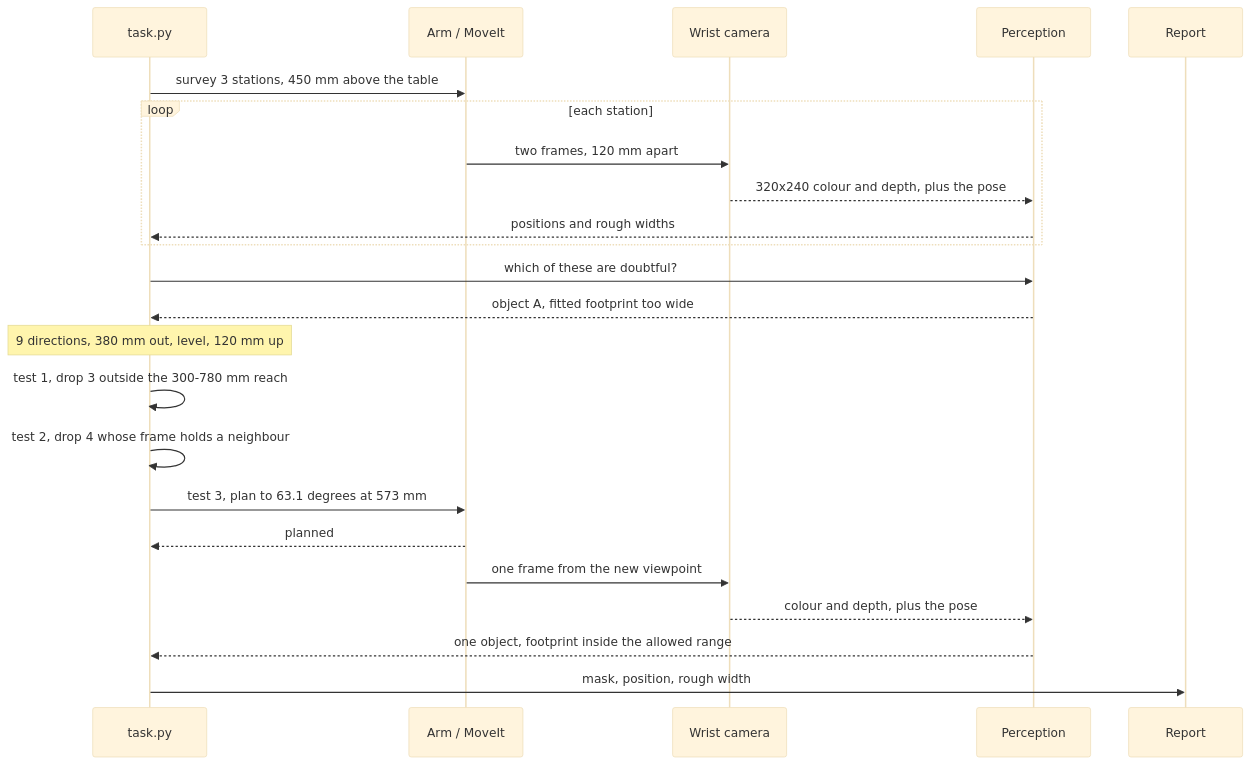
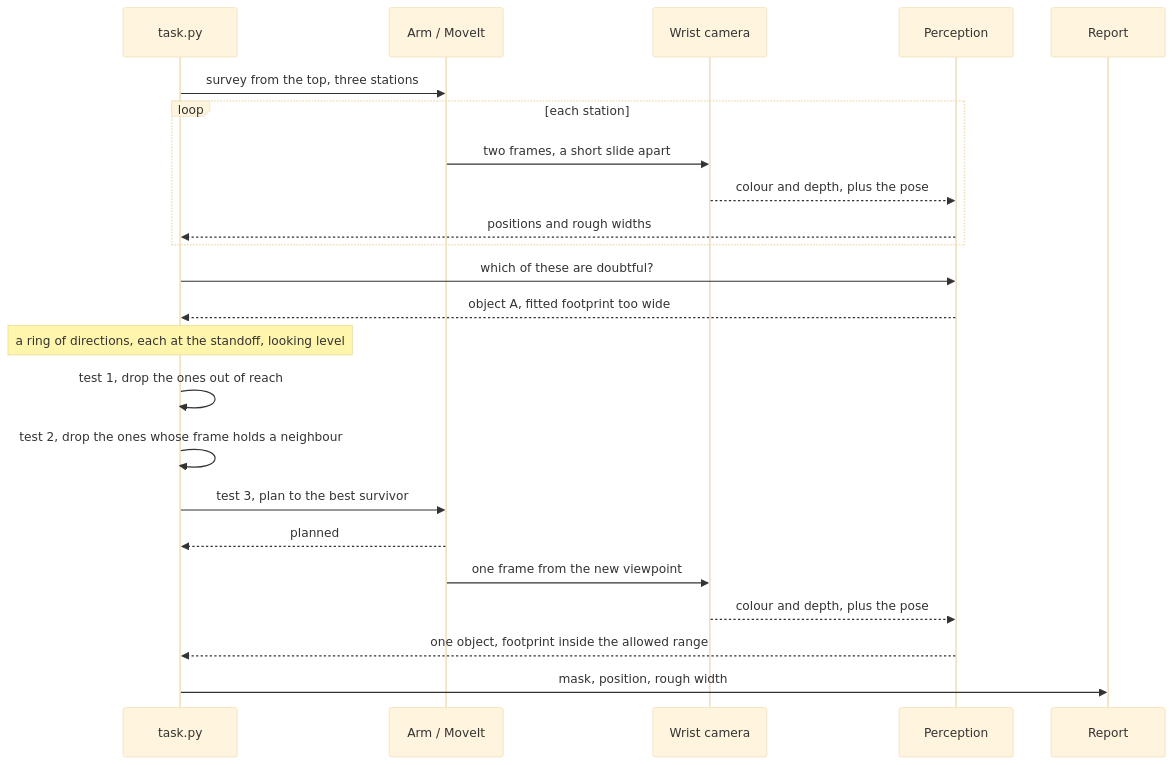
One commit to RobinNagpal/robot-arm-projects changed the first of 3 diagrams in v5-pick-glasses/docs/problem-2/solutions/03-move-the-camera.md. Above: the diagram before and after it, drawn with Mermaid (base theme). The commit also changed other lines of this file, not shown here.

````diff
--- a/v5-pick-glasses/docs/problem-2/solutions/03-move-the-camera.md
+++ b/v5-pick-glasses/docs/problem-2/solutions/03-move-the-camera.md
@@ -339,25 +385,25 @@
 ```mermaid
 sequenceDiagram
     participant T as task.py
     participant A as Arm / MoveIt
     participant C as Wrist camera
     participant P as Perception
     participant R as Report
-    T->>A: survey 3 stations, 450 mm above the table
+    T->>A: survey from the top, three stations
     loop each station
-        A->>C: two frames, 120 mm apart
-        C-->>P: 320x240 colour and depth, plus the pose
+        A->>C: two frames, a short slide apart
+        C-->>P: colour and depth, plus the pose
         P-->>T: positions and rough widths
     end
     T->>P: which of these are doubtful?
     P-->>T: object A, fitted footprint too wide
-    Note over T: 9 directions, 380 mm out, level, 120 mm up
-    T->>T: test 1, drop 3 outside the 300-780 mm reach
-    T->>T: test 2, drop 4 whose frame holds a neighbour
-    T->>A: test 3, plan to 63.1 degrees at 573 mm
+    Note over T: a ring of directions, each at the standoff, looking level
+    T->>T: test 1, drop the ones out of reach
+    T->>T: test 2, drop the ones whose frame holds a neighbour
+    T->>A: test 3, plan to the best survivor
     A-->>T: planned
     A->>C: one frame from the new viewpoint
     C-->>P: colour and depth, plus the pose
     P-->>T: one object, footprint inside the allowed range
     T->>R: mask, position, rough width
 ```
````
